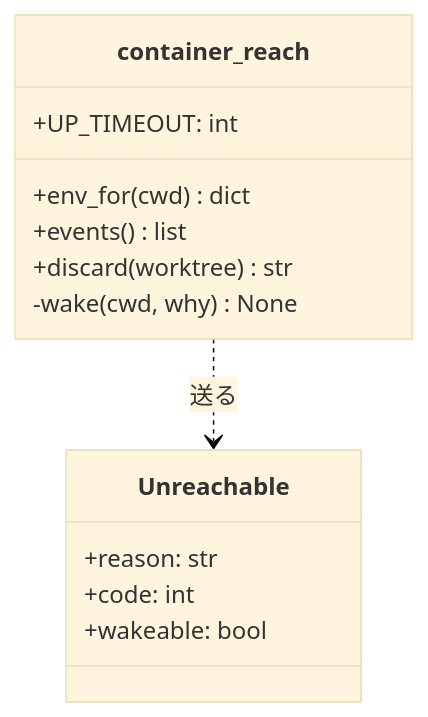
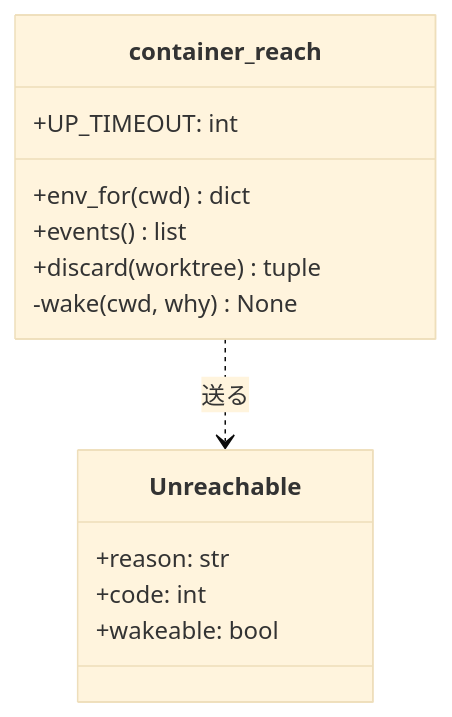
One commit to devbasex/ai-plugins changed the fourth of 6 diagrams in issues/issue-2567-design.md. Above: the diagram before and after it, drawn with Mermaid (base theme). The commit also changed other lines of this file, not shown here.

````diff
--- a/issues/issue-2567-design.md
+++ b/issues/issue-2567-design.md
@@ -248,16 +250,16 @@
 ```mermaid
 classDiagram
     class Unreachable {
         +reason: str
         +code: int
         +wakeable: bool
     }
     class container_reach {
         +UP_TIMEOUT: int
         +env_for(cwd) dict
         +events() list
-        +discard(worktree) str
+        +discard(worktree) tuple
         -wake(cwd, why) None
     }
     container_reach ..> Unreachable : 送る
 ```
````
